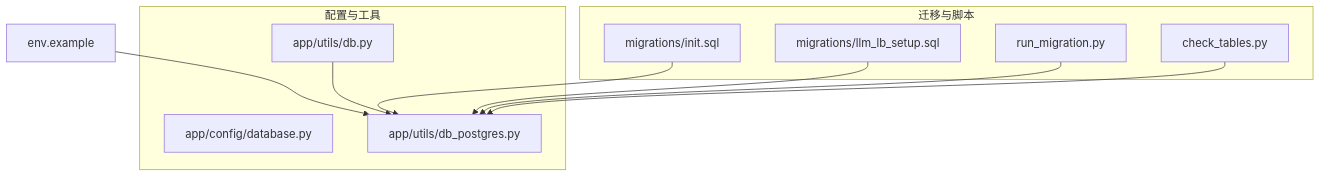
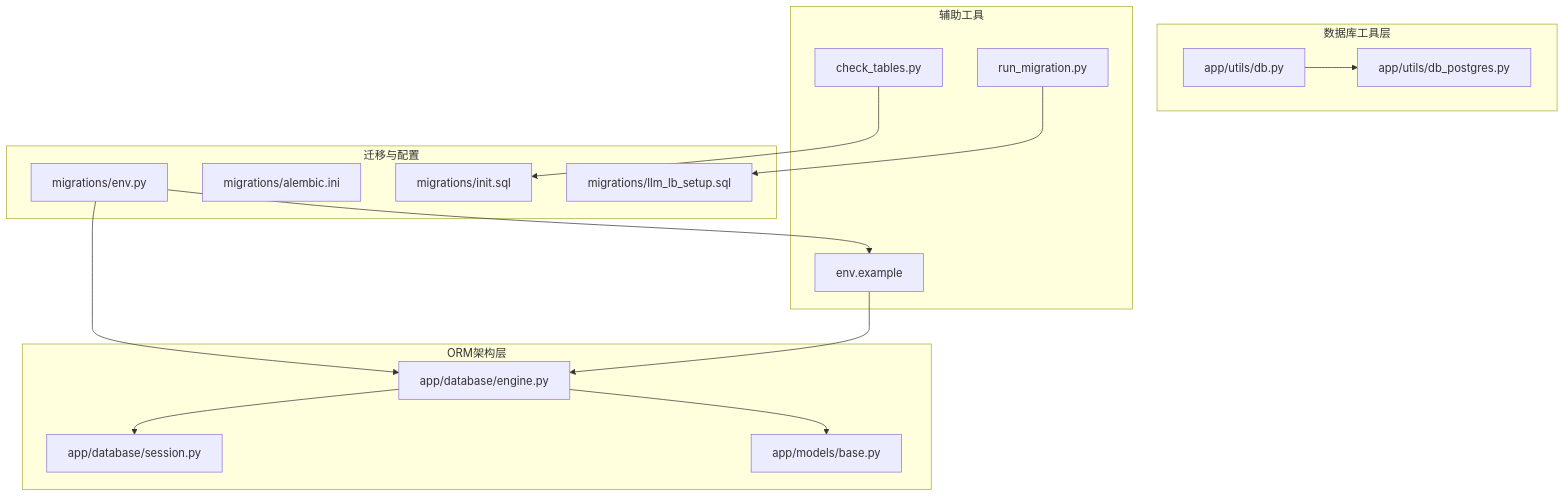
Before and after one commit to joezxh/QuantDinger: the first of 6 diagrams in .qoder/repowiki/zh/content/配置管理/数据库配置.md, drawn with Mermaid. The commit also changed other lines of this file and 27 other files, not shown here.

````diff
--- a/.qoder/repowiki/zh/content/配置管理/数据库配置.md
+++ b/.qoder/repowiki/zh/content/配置管理/数据库配置.md
@@ -37,21 +50,31 @@
 ```mermaid
 graph TB
-subgraph "配置与工具"
-CFG["app/config/database.py"]
+subgraph "ORM架构层"
+ENGINE["app/database/engine.py"]
+SESSION["app/database/session.py"]
+BASE["app/models/base.py"]
+end
+subgraph "数据库工具层"
 DBUTIL["app/utils/db.py"]
 PGUTIL["app/utils/db_postgres.py"]
 end
-subgraph "迁移与脚本"
+subgraph "迁移与配置"
+ENV["migrations/env.py"]
+ALEMBIC["migrations/alembic.ini"]
 INIT["migrations/init.sql"]
 LLM["migrations/llm_lb_setup.sql"]
+end
+subgraph "辅助工具"
 RUNMIG["run_migration.py"]
 CHECK["check_tables.py"]
+ENVFILE["env.example"]
 end
-ENV["env.example"]
-ENV --> PGUTIL
+ENGINE --> SESSION
+ENGINE --> BASE
 DBUTIL --> PGUTIL
-INIT --> PGUTIL
-LLM --> PGUTIL
-RUNMIG --> PGUTIL
-CHECK --> PGUTIL
+ENV --> ENGINE
+ENVFILE --> ENGINE
+ENV --> ENVFILE
+RUNMIG --> LLM
+CHECK --> INIT
 ```
````
